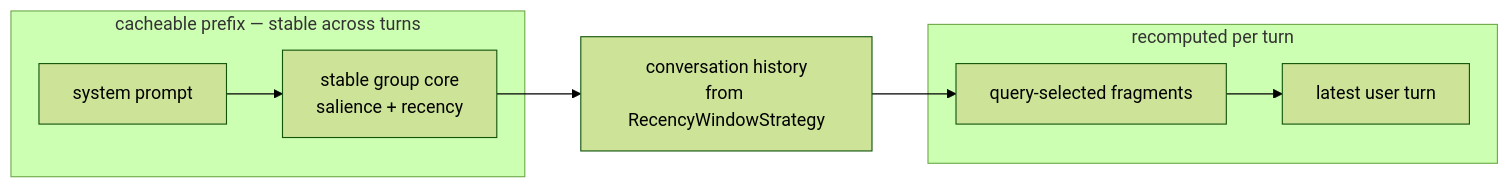
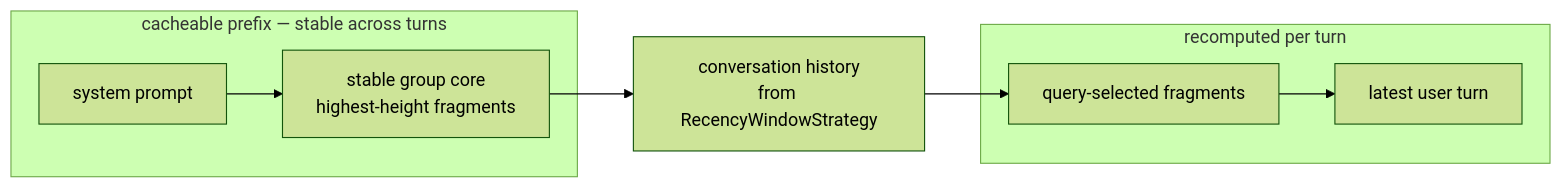
Before and after one commit to Alorcus/agent_project: the eighth of 10 diagrams in docs/plans/memory-and-groups.md, drawn with Mermaid (forest theme). The commit also changed other lines of this file, not shown here.

````diff
--- a/docs/plans/memory-and-groups.md
+++ b/docs/plans/memory-and-groups.md
@@ -493,17 +588,17 @@
 ```mermaid
 flowchart LR
-    A["system prompt"] --> B["stable group core<br/>salience + recency"]
+    A["system prompt"] --> B["stable group core<br/>highest-height fragments"]
     B --> C["conversation history<br/>from RecencyWindowStrategy"]
     C --> D["query-selected fragments"]
     D --> E["latest user turn"]
 
     subgraph CACHE["cacheable prefix — stable across turns"]
         A
         B
     end
 
     subgraph VOL["recomputed per turn"]
         D
         E
     end
 ```
````
